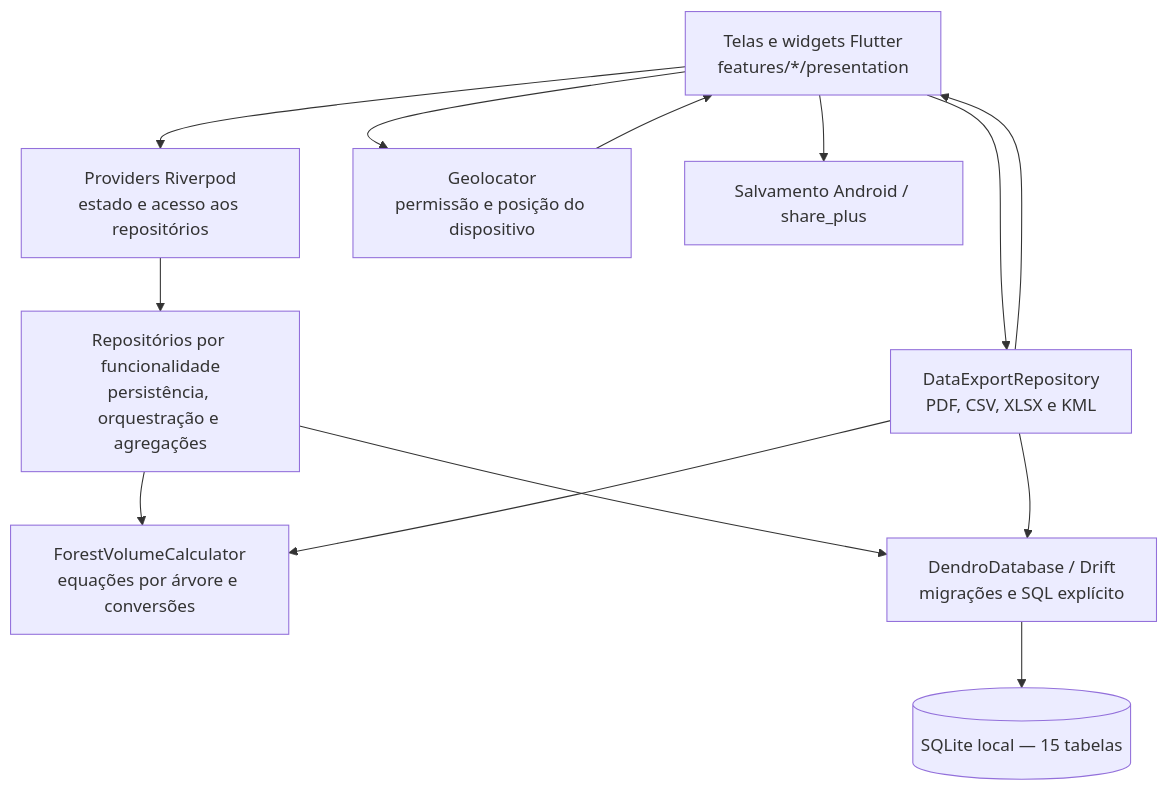
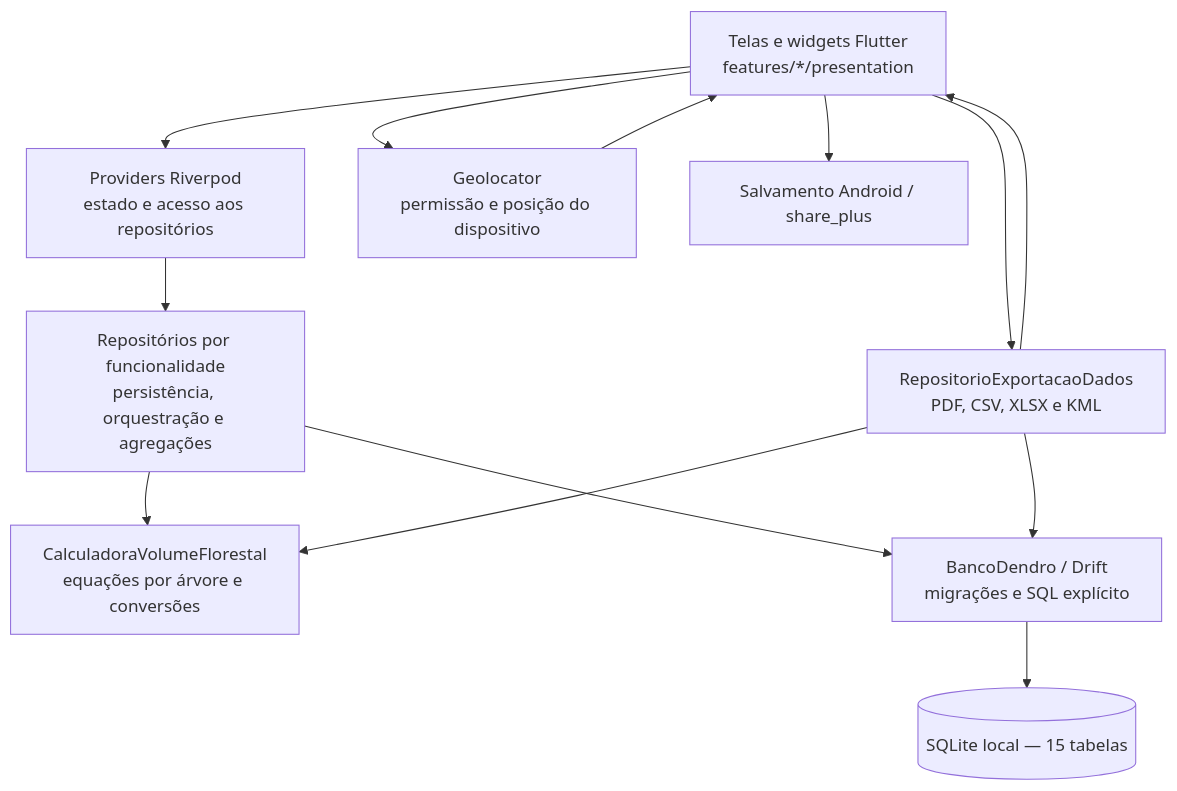
Before and after one commit to mateushernandes10-droid/dendro_mobile: the diagram in tcc_codex_context/docs/diagrams/02_arquitetura.mmd, drawn with Mermaid. The commit also changed 110 other files, not shown here.

```diff
--- a/tcc_codex_context/docs/diagrams/02_arquitetura.mmd
+++ b/tcc_codex_context/docs/diagrams/02_arquitetura.mmd
@@ -1,22 +1,22 @@
 flowchart TB
     UI["Telas e widgets Flutter<br/>features/*/presentation"]
     RP["Providers Riverpod<br/>estado e acesso aos repositórios"]
     REPO["Repositórios por funcionalidade<br/>persistência, orquestração e agregações"]
-    CALC["ForestVolumeCalculator<br/>equações por árvore e conversões"]
-    DB["DendroDatabase / Drift<br/>migrações e SQL explícito"]
+    CALC["CalculadoraVolumeFlorestal<br/>equações por árvore e conversões"]
+    DB["BancoDendro / Drift<br/>migrações e SQL explícito"]
     SQL[("SQLite local — 15 tabelas")]
     GEO["Geolocator<br/>permissão e posição do dispositivo"]
-    EXPORT["DataExportRepository<br/>PDF, CSV, XLSX e KML"]
+    EXPORT["RepositorioExportacaoDados<br/>PDF, CSV, XLSX e KML"]
     FILE["Salvamento Android / share_plus"]
     UI --> RP
     RP --> REPO
     REPO --> DB
     DB --> SQL
     REPO --> CALC
     UI --> GEO
     GEO --> UI
     UI --> EXPORT
     EXPORT --> DB
     EXPORT --> CALC
     UI --> FILE
     EXPORT --> UI
```
